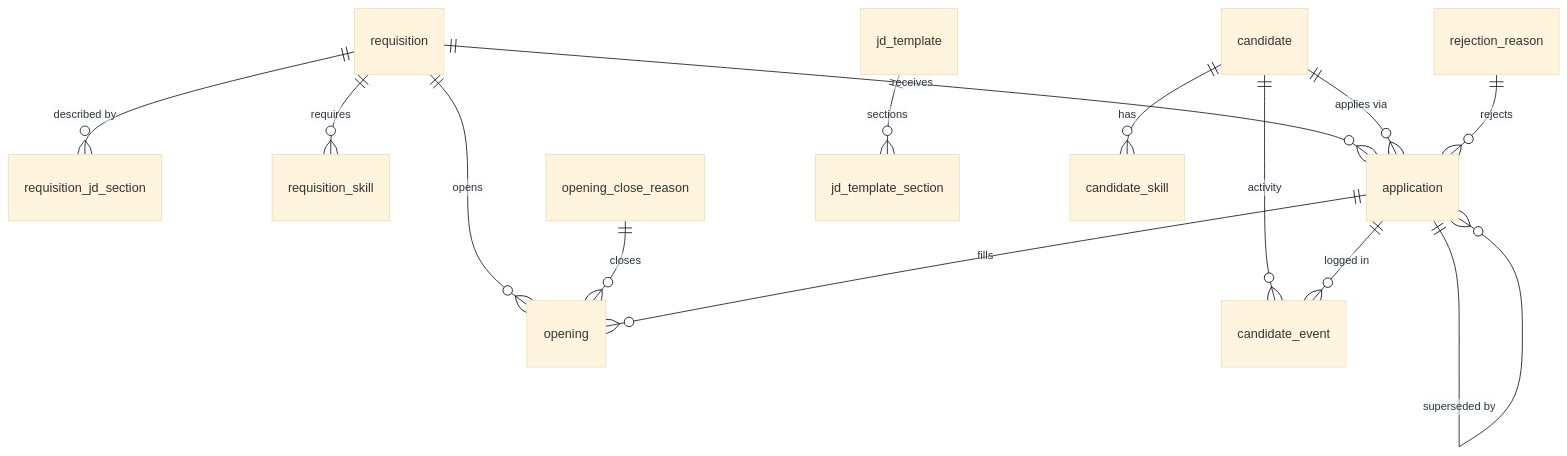
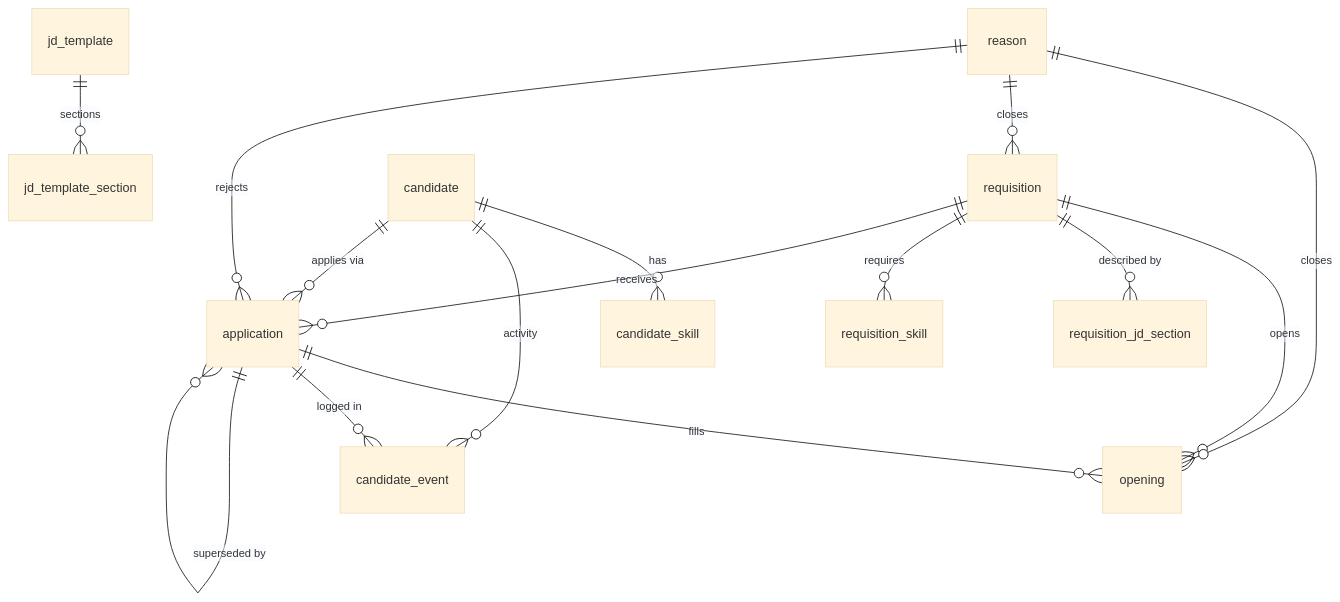
Before and after one commit to Seta-International/agent-platform: the fourth of 5 diagrams in docs/reference/db-design.md, drawn with Mermaid (base theme). The commit also changed other lines of this file and 1 other file, not shown here.

````diff
--- a/docs/reference/db-design.md
+++ b/docs/reference/db-design.md
@@ -298,16 +298,17 @@
 ```mermaid
 erDiagram
     requisition ||--o{ opening : "opens"
     requisition ||--o{ requisition_jd_section : "described by"
     requisition ||--o{ requisition_skill : "requires"
     requisition ||--o{ application : "receives"
-    opening_close_reason ||--o{ opening : "closes"
+    reason ||--o{ opening : "closes"
+    reason ||--o{ requisition : "closes"
     application ||--o{ opening : "fills"
     jd_template ||--o{ jd_template_section : "sections"
     candidate ||--o{ candidate_skill : "has"
     candidate ||--o{ candidate_event : "activity"
     candidate ||--o{ application : "applies via"
-    rejection_reason ||--o{ application : "rejects"
+    reason ||--o{ application : "rejects"
     application ||--o{ candidate_event : "logged in"
     application ||--o{ application : "superseded by"
 ```
````
